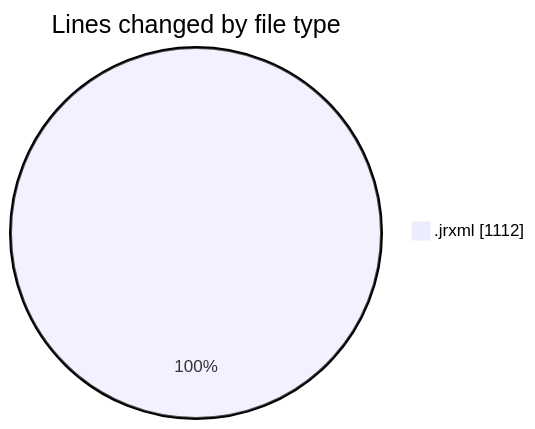
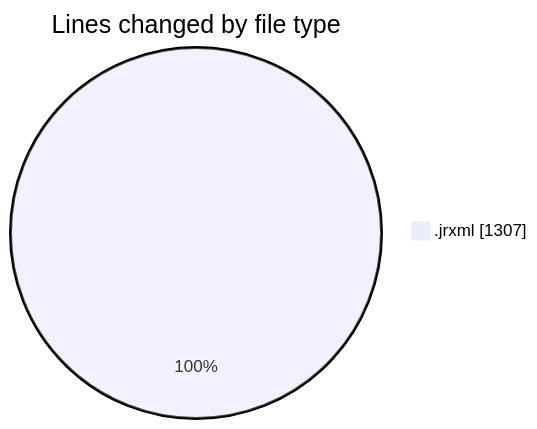
The first of 2 diagrams in 2026-04-22/cilreports__workspace_/README.md (ricardozamudiocil/code-tracking), drawn with Mermaid before and after one commit. The commit also changed other lines of this file and 1 other file, not shown here.

````diff
--- a/2026-04-22/cilreports__workspace_/README.md
+++ b/2026-04-22/cilreports__workspace_/README.md
@@ -21,5 +21,5 @@
 ```mermaid
 pie showData
 title Lines changed by file type
-".jrxml" : 1112
+".jrxml" : 1307
 ```
````
